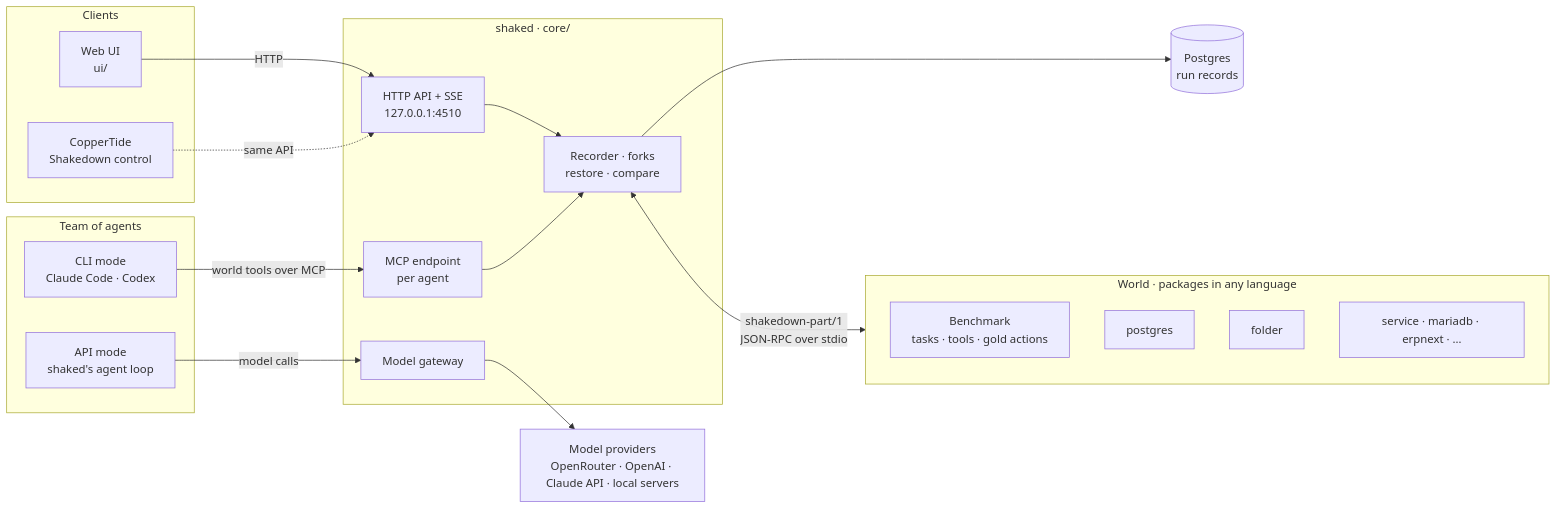
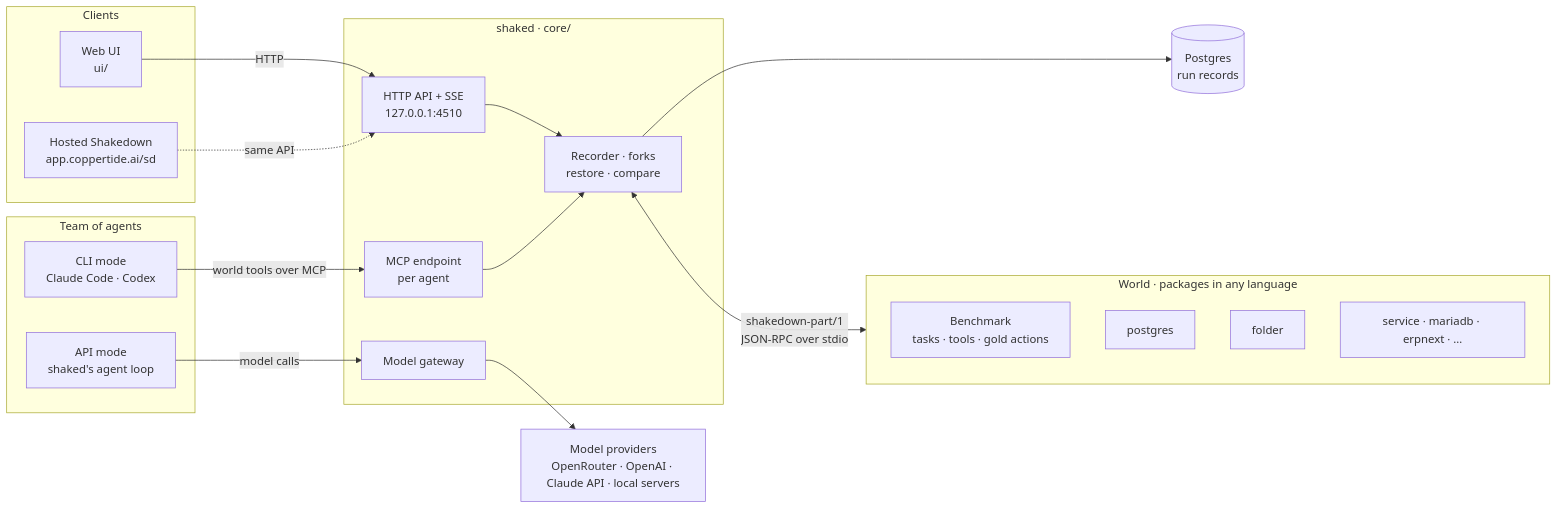
One commit to CopperTide/Shakedown changed the diagram in README.md. Above: the diagram before and after it, drawn with Mermaid. The commit also changed other lines of this file, not shown here.

First line of the commit message:
README: lead with hosted and self-hosted Shakedown, point to docs.coppertide.ai; limits and status match the code

````diff
--- a/README.md
+++ b/README.md
@@ -133,39 +141,39 @@
 ```mermaid
 flowchart LR
   subgraph clients["Clients"]
     UI["Web UI<br/>ui/"]
-    SC["CopperTide<br/>Shakedown control"]
+    SC["Hosted Shakedown<br/>app.coppertide.ai/sd"]
   end
 
   subgraph team["Team of agents"]
     CLI["CLI mode<br/>Claude Code · Codex"]
     OPEN["API mode<br/>shaked's agent loop"]
   end
 
   subgraph engine["shaked · core/"]
     API["HTTP API + SSE<br/>127.0.0.1:4510"]
     MCP["MCP endpoint<br/>per agent"]
     GW["Model gateway"]
     ENG["Recorder · forks<br/>restore · compare"]
   end
 
   subgraph world["World · packages in any language"]
     BM["Benchmark<br/>tasks · tools · gold actions"]
     P1["postgres"]
     P2["folder"]
     P3["service · mariadb · erpnext · …"]
   end
 
   PG[("Postgres<br/>run records")]
   OR["Model providers<br/>OpenRouter · OpenAI · Claude API · local servers"]
 
   UI -->|HTTP| API
   SC -.->|same API| API
   CLI -->|world tools over MCP| MCP
   OPEN -->|model calls| GW
   GW --> OR
   API --> ENG
   MCP --> ENG
   ENG --> PG
   ENG <-->|"shakedown-part/1<br/>JSON-RPC over stdio"| world
 ```
````
